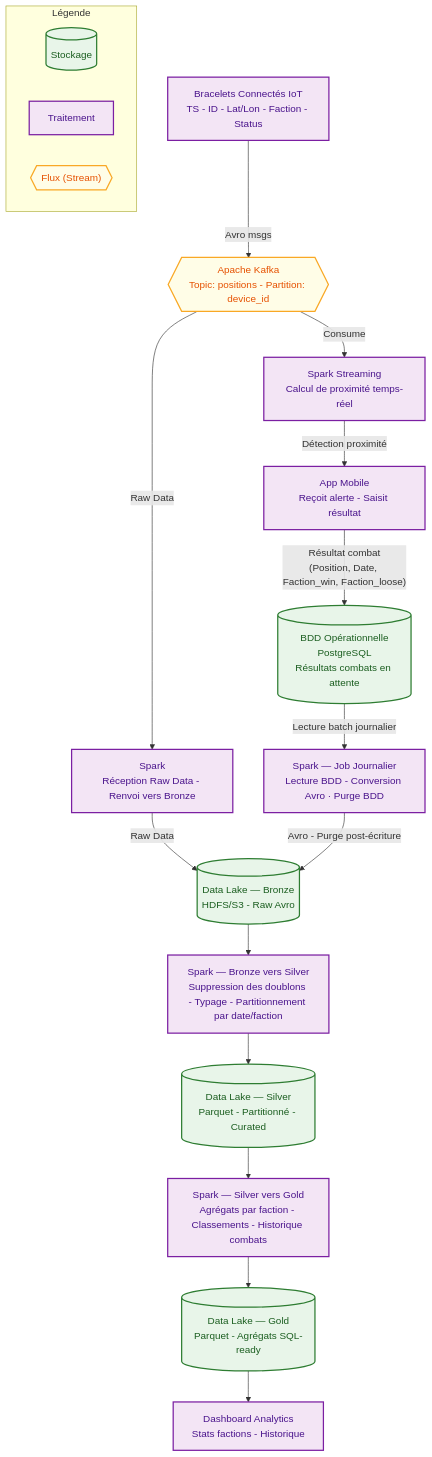
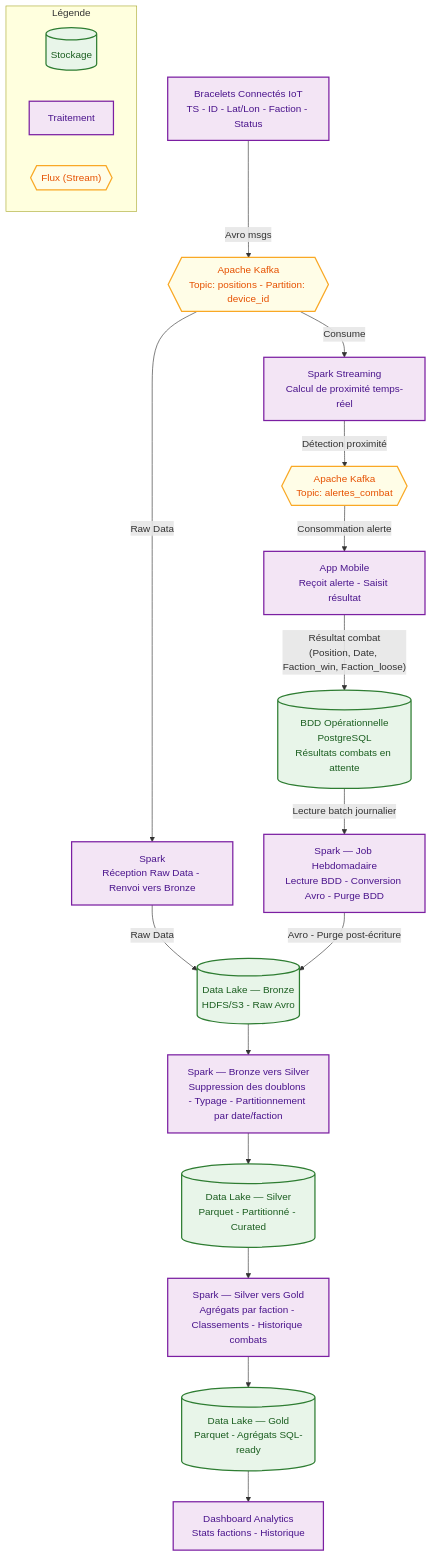
The diagram in README.md (ZeldaTwo/IDEProject), drawn with Mermaid before and after one commit.

Commit message:
fix: added a kafka between two processes in alert service

````diff
--- a/README.md
+++ b/README.md
@@ -56,40 +56,42 @@
 ```mermaid
 flowchart TD
     subgraph Legende [Légende]
         S[(Stockage)]:::storage
         P[Traitement]:::process
         ST{{"Flux (Stream)"}}:::stream
     end
 
     IoT["Bracelets Connectés IoT\nTS - ID - Lat/Lon - Faction - Status"]:::process
     Kafka{{"Apache Kafka\nTopic: positions - Partition: device_id"}}:::stream
+    KafkaAlertes{{"Apache Kafka\nTopic: alertes_combat"}}:::stream
     SS["Spark Streaming\nCalcul de proximité temps-réel"]:::process
     ETL1["Spark — Bronze vers Silver\nSuppression des doublons - Typage - Partitionnement par date/faction"]:::process
     ETL2["Spark — Silver vers Gold\nAgrégats par faction - Classements - Historique combats"]:::process
     Bronze[("Data Lake — Bronze\nHDFS/S3 - Raw Avro")]:::storage
     Silver[("Data Lake — Silver\nParquet - Partitionné - Curated")]:::storage
     Gold[("Data Lake — Gold\nParquet - Agrégats SQL-ready")]:::storage
     Mobile["App Mobile\nReçoit alerte - Saisit résultat"]:::process
     CombatDB[("BDD Opérationnelle\nPostgreSQL\nRésultats combats en attente")]:::storage
-    SparkDaily["Spark — Job Journalier\nLecture BDD - Conversion Avro · Purge BDD"]:::process
+    SparkWeekly["Spark — Job Hebdomadaire\nLecture BDD - Conversion Avro - Purge BDD"]:::process
     Dashboard["Dashboard Analytics\nStats factions - Historique"]:::process
     Spark["Spark\nRéception Raw Data - Renvoi vers Bronze"]:::process
 
     IoT -->|Avro msgs| Kafka
     Kafka -->|Consume| SS
     Kafka -->|Raw Data| Spark
     Spark -->|Raw Data| Bronze
-    SS -->|Détection proximité| Mobile
+    SS -->|Détection proximité| KafkaAlertes
+    KafkaAlertes -->|Consommation alerte| Mobile
     Mobile -->|"Résultat combat\n(Position, Date, Faction_win, Faction_loose)"| CombatDB
-    CombatDB -->|"Lecture batch journalier"| SparkDaily
-    SparkDaily -->|"Avro - Purge post-écriture"| Bronze
+    CombatDB -->|"Lecture batch journalier"| SparkWeekly
+    SparkWeekly -->|"Avro - Purge post-écriture"| Bronze
     Bronze --> ETL1
     ETL1 --> Silver
     Silver --> ETL2
     ETL2 --> Gold
     Gold --> Dashboard
 
     classDef storage fill:#e8f5e9,stroke:#2e7d32,stroke-width:2px,color:#1b5e20
     classDef process fill:#f3e5f5,stroke:#7b1fa2,stroke-width:2px,color:#4a148c
     classDef stream fill:#fffde7,stroke:#f9a825,stroke-width:2px,color:#e65100
 ```
````
